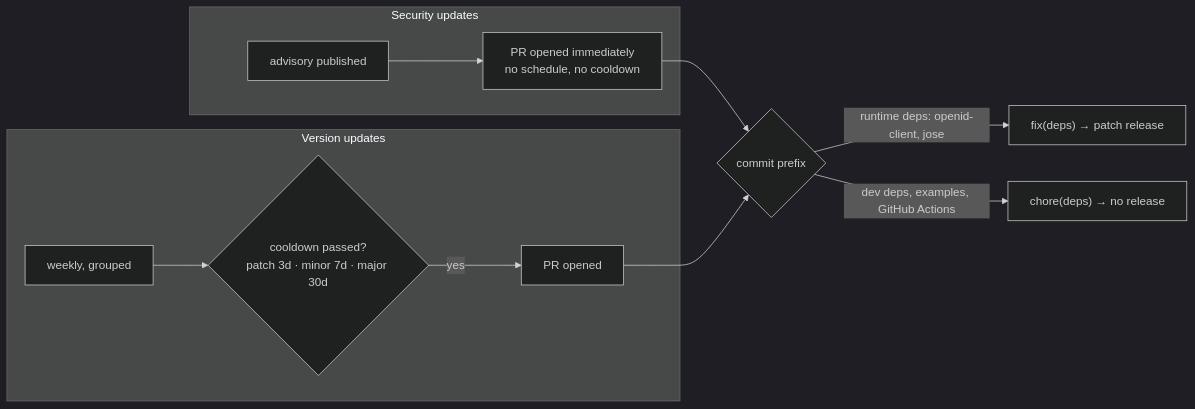
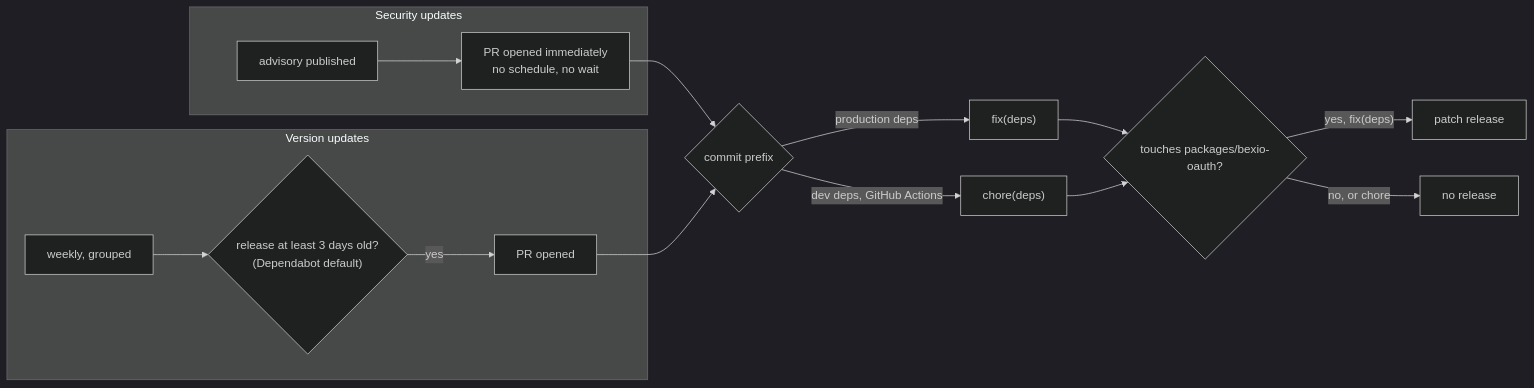
One commit to SoulcodeAgency/bexio-oauth changed the fifth of 5 diagrams in docs/development.md. Above: the diagram before and after it, drawn with Mermaid (dark theme). The commit also changed other lines of this file and 59 other files, not shown here.

First line of the commit message:
feat: add bexio-oauth token custody library v0.1 (#4)

````diff
--- a/docs/development.md
+++ b/docs/development.md
@@ -169,13 +173,16 @@
 ```mermaid
 flowchart LR
     subgraph sec ["Security updates"]
-        A1["advisory published"] --> A2["PR opened immediately<br/>no schedule, no cooldown"]
+        A1["advisory published"] --> A2["PR opened immediately<br/>no schedule, no wait"]
     end
     subgraph ver ["Version updates"]
-        B1["weekly, grouped"] --> B2{"cooldown passed?<br/>patch 3d · minor 7d · major 30d"}
+        B1["weekly, grouped"] --> B2{"release at least 3 days old?<br/>(Dependabot default)"}
         B2 -->|yes| B3["PR opened"]
     end
     A2 & B3 --> P{"commit prefix"}
-    P -->|"runtime deps: openid-client, jose"| F["fix(deps) → patch release"]
-    P -->|"dev deps, examples, GitHub Actions"| C["chore(deps) → no release"]
+    P -->|"production deps"| F["fix(deps)"]
+    P -->|"dev deps, GitHub Actions"| C["chore(deps)"]
+    F & C --> R{"touches packages/bexio-oauth?"}
+    R -->|"yes, fix(deps)"| Rel["patch release"]
+    R -->|"no, or chore"| NoRel["no release"]
 ```
````
